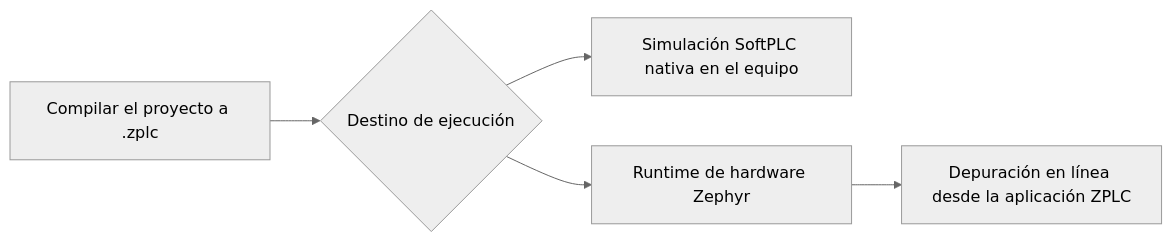
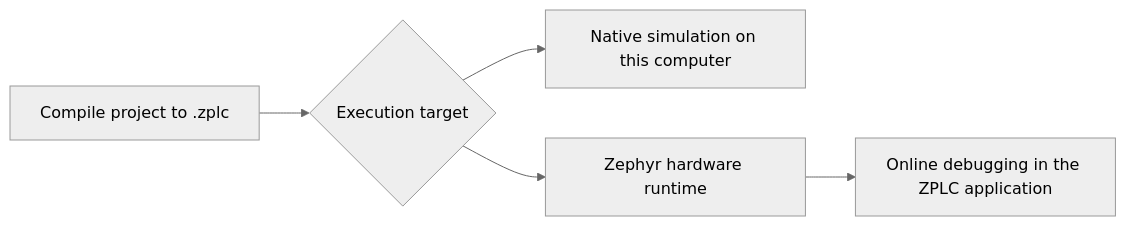
Before and after one commit to eduardojvieira/ZPLC: the diagram in docs/i18n/es/docusaurus-plugin-content-docs/current/integration/index.md, drawn with Mermaid (neutral theme). The commit also changed other lines of this file and 29 other files, not shown here.

````diff
--- a/docs/i18n/es/docusaurus-plugin-content-docs/current/integration/index.md
+++ b/docs/i18n/es/docusaurus-plugin-content-docs/current/integration/index.md
@@ -18,7 +18,7 @@
 ```mermaid
 flowchart LR
-  A[Compilar el proyecto a .zplc] --> B{Destino de ejecución}
-  B --> D[Simulación SoftPLC nativa en el equipo]
-  B --> E[Runtime de hardware Zephyr]
-  E --> F[Depuración en línea desde la aplicación ZPLC]
+  A[Compile project to .zplc] --> B{Execution target}
+  B --> D[Native simulation on this computer]
+  B --> E[Zephyr hardware runtime]
+  E --> F[Online debugging in the ZPLC application]
 ```
````
